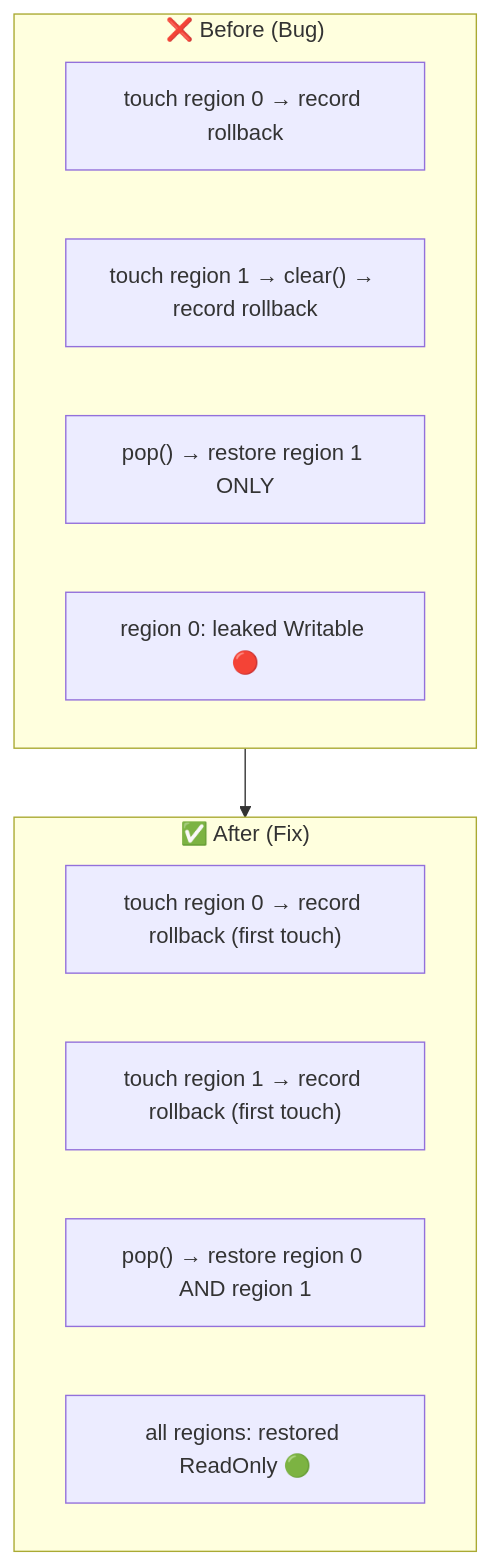
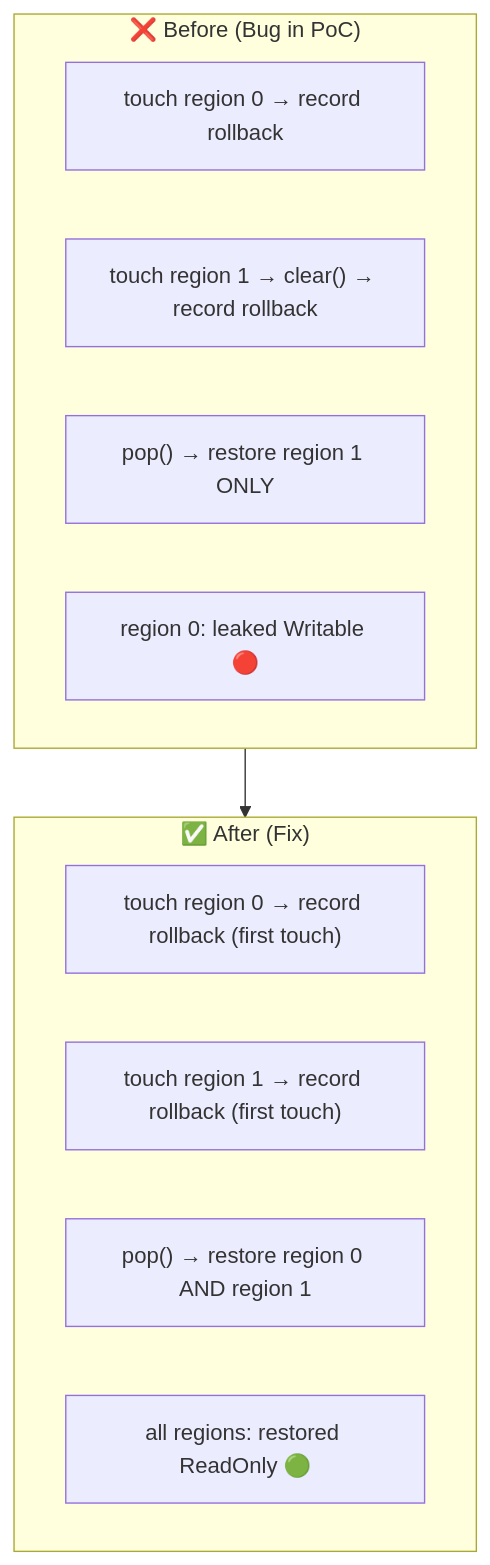
Before and after one commit to RFT-SIRM/agave-abiv2-memory-contexts: the second of 3 diagrams in README.md, drawn with Mermaid. The commit also changed other lines of this file, not shown here.

````diff
--- a/README.md
+++ b/README.md
@@ -78,16 +90,16 @@
 ```mermaid
 flowchart TB
-    subgraph BEFORE["❌ Before (Bug)"]
+    subgraph BEFORE["❌ Before (Bug in PoC)"]
         B1["touch region 0 → record rollback"]
         B2["touch region 1 → clear() → record rollback"]
         B3["pop() → restore region 1 ONLY"]
         B4["region 0: leaked Writable 🔴"]
     end
     subgraph AFTER["✅ After (Fix)"]
         A1["touch region 0 → record rollback (first touch)"]
         A2["touch region 1 → record rollback (first touch)"]
         A3["pop() → restore region 0 AND region 1"]
         A4["all regions: restored ReadOnly 🟢"]
     end
     BEFORE --> AFTER
 ```
````
